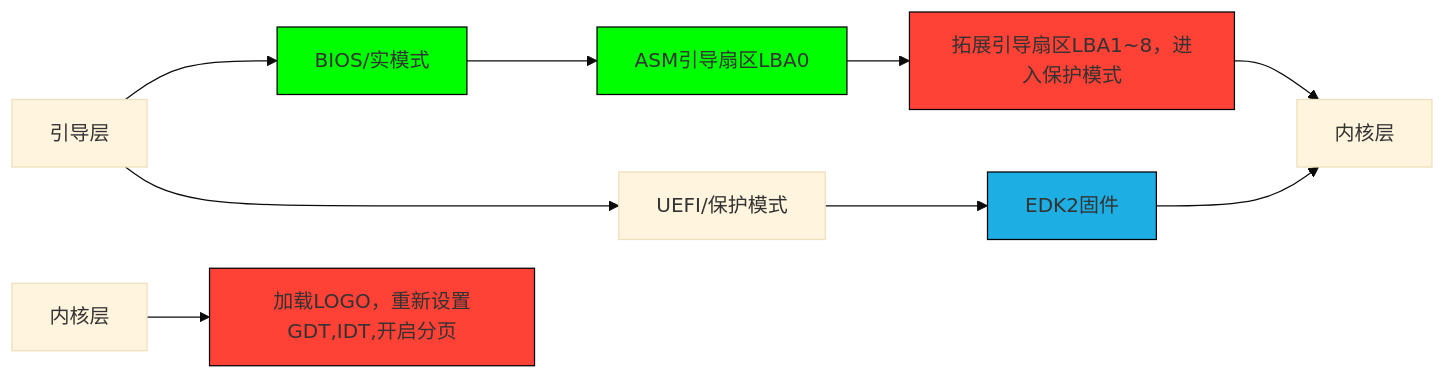
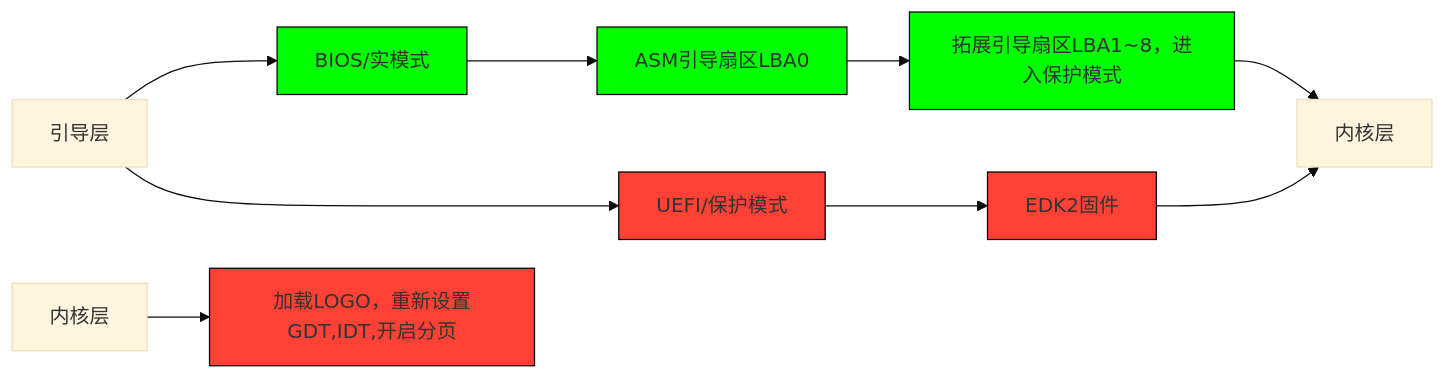
The diagram in README.md (XiYuyan-13yearsoldboy/13yearsold-RCOS1.0), drawn with Mermaid (base theme) before and after one commit.

````diff
--- a/README.md
+++ b/README.md
@@ -11,16 +11,17 @@
 ```mermaid
 graph LR 
 A[引导层] --> B[BIOS/实模式]
 A --> C[UEFI/保护模式]
 B --> D[ASM引导扇区LBA0]
 D --> G[拓展引导扇区LBA1~8，进入保护模式]
 C --> E[EDK2固件]
 E --> F[内核层]
 G --> F
 H[内核层] --> I[加载LOGO，重新设置GDT,IDT,开启分页] 
-style G fill:#FF4136,stroke:#000;
+style G fill:#0F0,stroke:#000;
 style I fill:#FF4136,stroke:#000;
-style E fill:#1DAFE4,stroke:#000;
+style E fill:#FF4136,stroke:#000;
+style C fill:#FF4136,stroke:#000;
 style B fill:#0F0,stroke:#000;
 style D fill:#0F0,stroke:#000;
 ```
````
